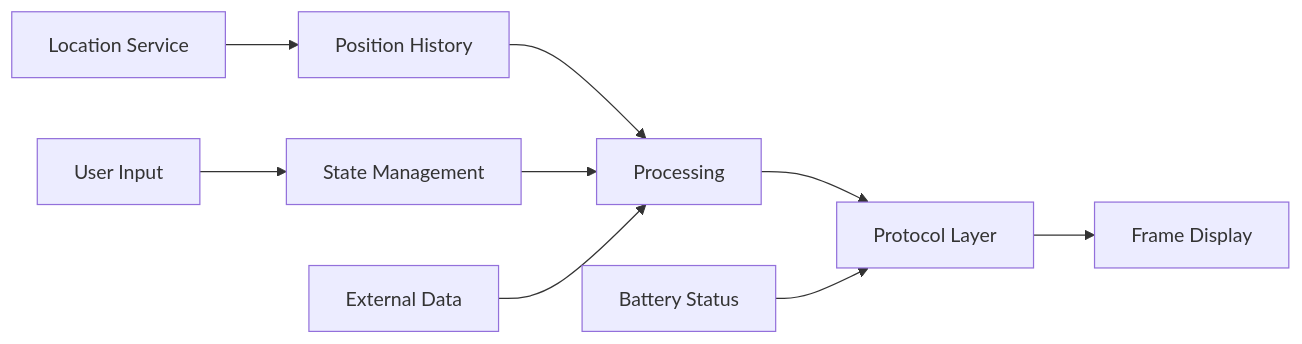
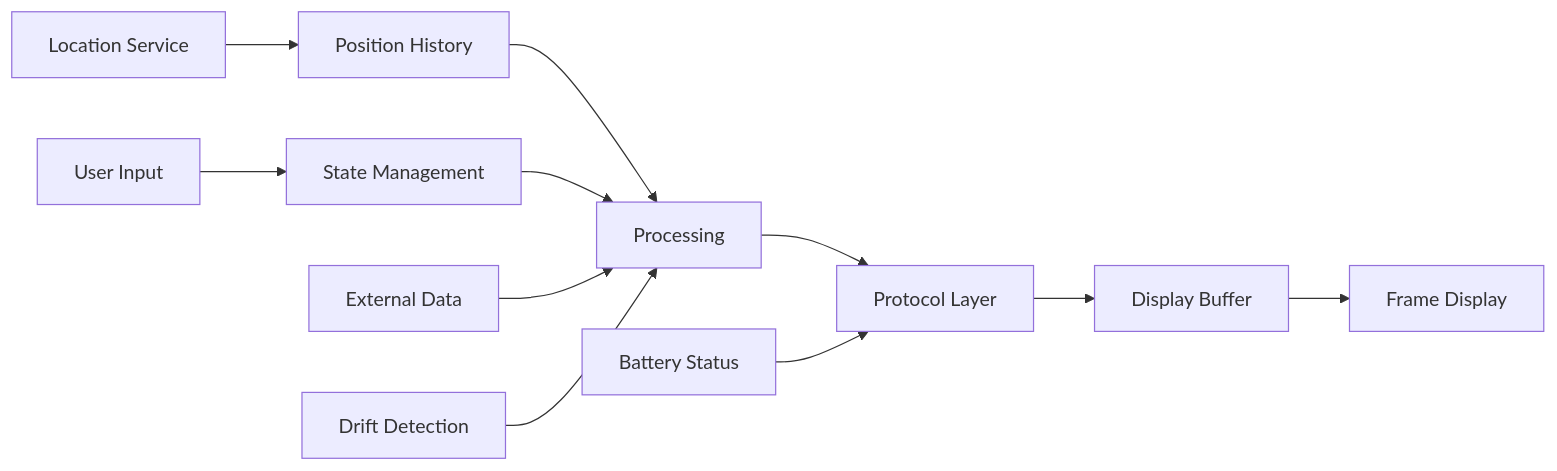
Before and after one commit to WatsonMLDev/Frame-Navigation-App: the seventh of 7 diagrams in memory-bank/systemPatterns.md, drawn with Mermaid. The commit also changed other lines of this file and 5 other files, not shown here.

````diff
--- a/memory-bank/systemPatterns.md
+++ b/memory-bank/systemPatterns.md
@@ -197,12 +224,14 @@
 ```mermaid
 flowchart LR
     Input[User Input] --> State[State Management]
     Location[Location Service] --> History[Position History]
     History --> Process[Processing]
     State --> Process
     Process --> Proto[Protocol Layer]
-    Proto --> Frame[Frame Display]
+    Proto --> Buffer[Display Buffer]
+    Buffer --> Frame[Frame Display]
     
     External[External Data] --> Process
     Battery[Battery Status] --> Proto
+    Drift[Drift Detection] --> Process
 ```
````
